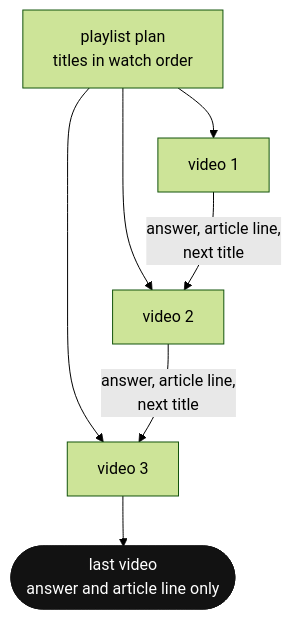
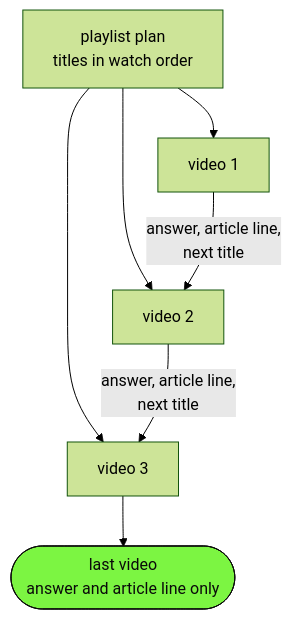
Before and after one commit to shashank-sn/workflows: the diagram in write/video-script/figures/playlist-chain.mmd, drawn with Mermaid (forest theme). The commit also changed 63 other files, not shown here.

```diff
--- a/write/video-script/figures/playlist-chain.mmd
+++ b/write/video-script/figures/playlist-chain.mmd
@@ -1,10 +1,10 @@
 %% every video closes with its answer, one fixed line, and the next title
 flowchart TB
   P["playlist plan<br/>titles in watch order"] --> V1["video 1"]
   P --> V2["video 2"]
   P --> V3["video 3"]
   V1 -->|"answer, article line,<br/>next title"| V2
   V2 -->|"answer, article line,<br/>next title"| V3
   V3 --> E(["last video<br/>answer and article line only"])
-  classDef ink fill:#121212,color:#ffffff,stroke:#121212
-  class E ink
+  classDef key fill:#7cf542,color:#0a0a0a,stroke:#0a0a0a
+  class E key
```
